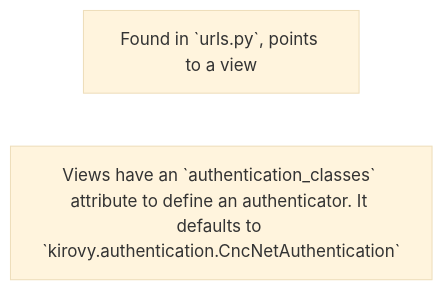
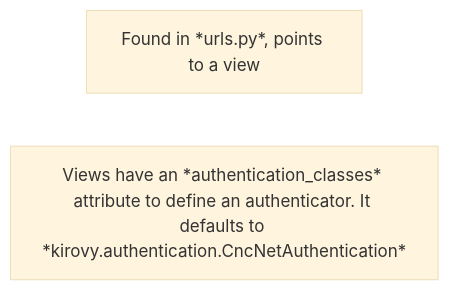
Before and after one commit to CnCNet/cncnet-map-api: the diagram in docs/auth_and_permissions.md, drawn with Mermaid (base theme). The commit also changed 3 other files, not shown here.

Commit message:
- Fix test and mermaid rendering

````diff
--- a/docs/auth_and_permissions.md
+++ b/docs/auth_and_permissions.md
@@ -13,5 +13,5 @@
 ```mermaid
 graph LR;
-	url[Found in `urls.py`, points to a view]
-	view_base[Views have an `authentication_classes` attribute to define an authenticator. It defaults to `kirovy.authentication.CncNetAuthentication`]
+	url[Found in *urls.py*, points to a view]
+	view_base[Views have an *authentication_classes* attribute to define an authenticator. It defaults to *kirovy.authentication.CncNetAuthentication*]
 ```
````
